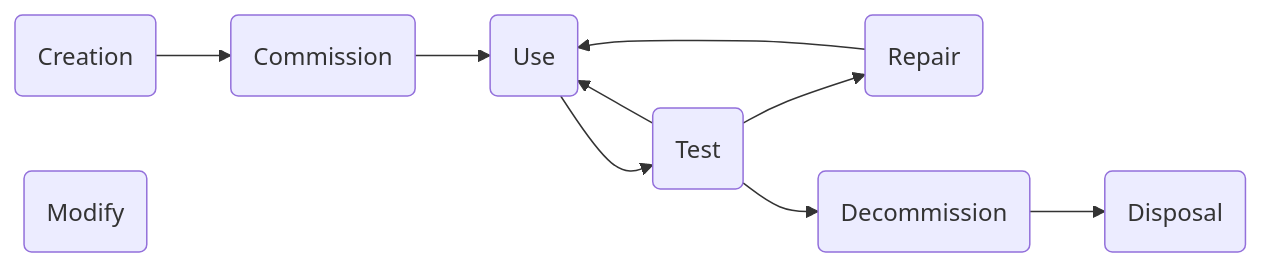
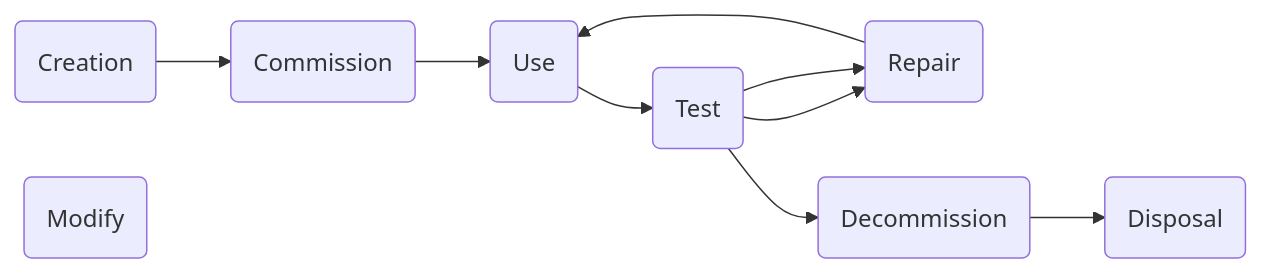
Before and after one commit to srobo/kitbook: the diagram in asset-tracking.md, drawn with Mermaid.

Commit message:
Updates asset-tracking.md
Auto commit by GitBook Editor

```diff
--- a/asset-tracking.md
+++ b/asset-tracking.md
@@ -21,20 +21,20 @@
 {% mermaid %}
 graph LR
   create(Creation)
   commission(Commission)
   use(Use)
   test(Test)
   repair(Repair)
   modify(Modify)
   decommission(Decommission)
   disposal(Disposal)
   
   create-->commission
   commission-->use
   use-->test
   test-->repair
-  test-->use
+  test-->repair
   repair-->use
   test-->decommission
   decommission-->disposal
 {% endmermaid %}
```
